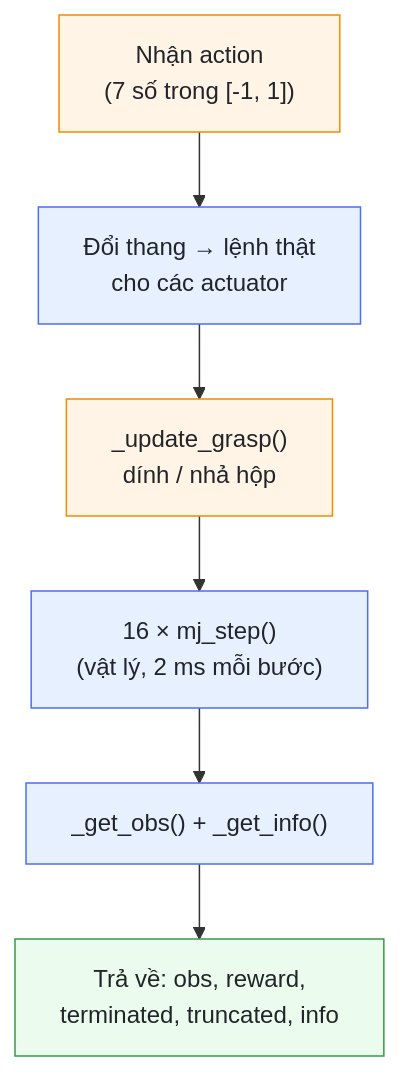
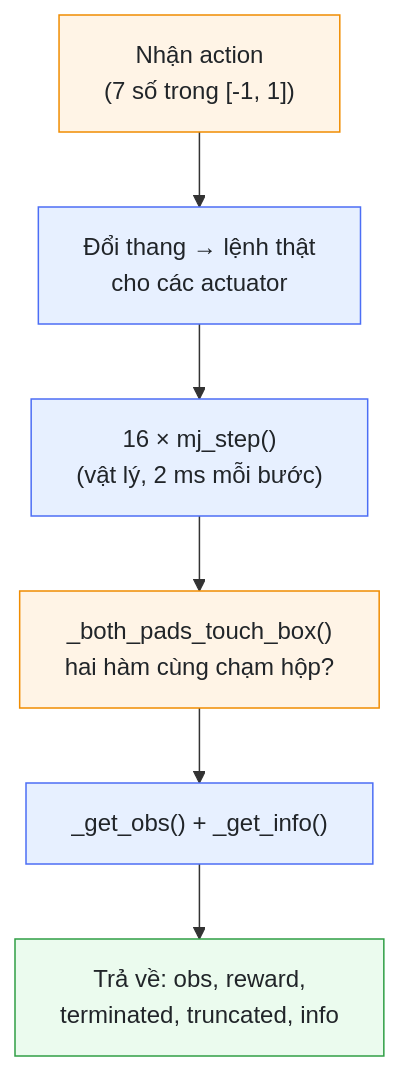
One commit to tvhhai/sim-engine changed the third of 5 diagrams in docs/guide_vi.md. Above: the diagram before and after it, drawn with Mermaid. The commit also changed other lines of this file, not shown here.

Commit message:
docs(guide): bỏ mô tả kẹp giả (_update_grasp), mô tả kẹp thật bằng ma sát, _both_pads_touch_box và 4 điều kiện thành công

````diff
--- a/docs/guide_vi.md
+++ b/docs/guide_vi.md
@@ -131,20 +131,20 @@
 ```mermaid
 flowchart TD
   s1["Nhận action<br/>(7 số trong [-1, 1])"]
   s2["Đổi thang → lệnh thật<br/>cho các actuator"]
-  s3["_update_grasp()<br/>dính / nhả hộp"]
   s4["16 × mj_step()<br/>(vật lý, 2 ms mỗi bước)"]
+  s3["_both_pads_touch_box()<br/>hai hàm cùng chạm hộp?"]
   s5["_get_obs() + _get_info()"]
   s6["Trả về: obs, reward,<br/>terminated, truncated, info"]
   s1 --> s2
-  s2 --> s3
-  s3 --> s4
-  s4 --> s5
+  s2 --> s4
+  s4 --> s3
+  s3 --> s5
   s5 --> s6
   classDef data fill:#fff4e6,stroke:#f08c00,color:#212529
   classDef ok fill:#ebfbee,stroke:#2f9e44,color:#212529
   classDef sim fill:#e7f0ff,stroke:#4c6ef5,color:#212529
   class s1,s3 data
   class s6 ok
   class s2,s4,s5 sim
 ```
````
